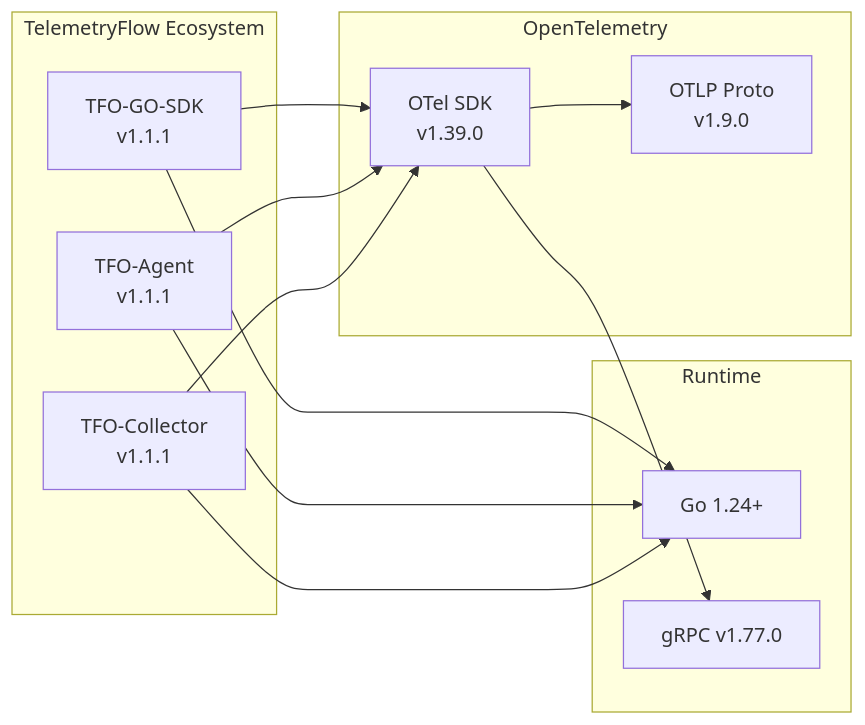
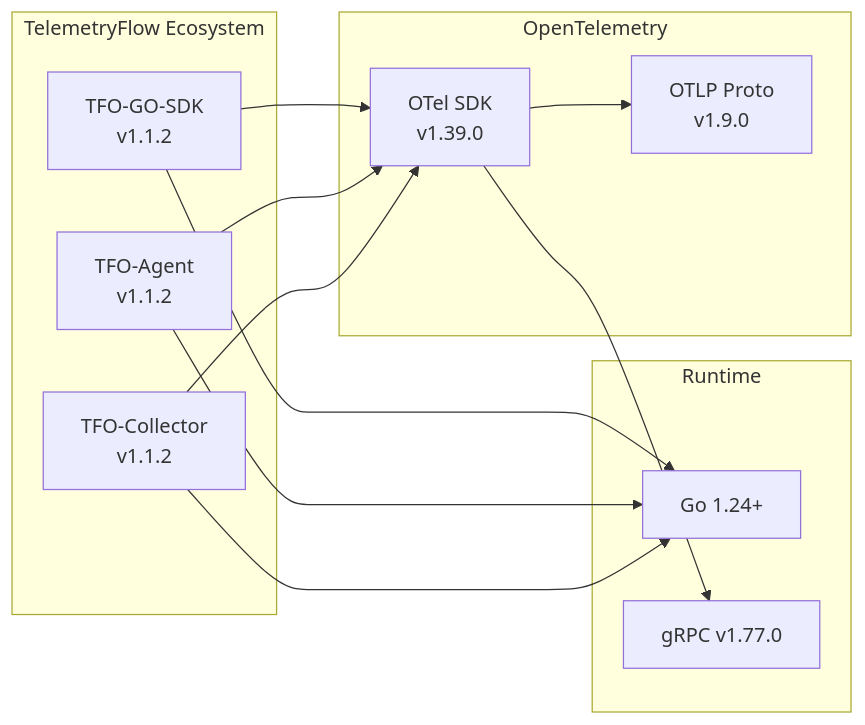
One commit to telemetryflow/telemetryflow-agent changed diagram 13 of 13 in docs/ARCHITECTURE.md. Above: the diagram before and after it, drawn with Mermaid. The commit also changed other lines of this file and 56 other files, not shown here.

Commit message:
Enhance TFO Agent v1.1.2 integration

````diff
--- a/docs/ARCHITECTURE.md
+++ b/docs/ARCHITECTURE.md
@@ -349,29 +511,29 @@
 ```mermaid
 graph LR
     subgraph "TelemetryFlow Ecosystem"
-        SDK[TFO-GO-SDK<br/>v1.1.1]
-        AGENT[TFO-Agent<br/>v1.1.1]
-        COLL[TFO-Collector<br/>v1.1.1]
+        SDK[TFO-GO-SDK<br/>v1.1.2]
+        AGENT[TFO-Agent<br/>v1.1.2]
+        COLL[TFO-Collector<br/>v1.1.2]
     end
 
     subgraph "OpenTelemetry"
         OTEL[OTel SDK<br/>v1.39.0]
         PROTO[OTLP Proto<br/>v1.9.0]
     end
 
     subgraph "Runtime"
         GO[Go 1.24+]
         GRPC[gRPC v1.77.0]
     end
 
     SDK --> OTEL
     AGENT --> OTEL
     COLL --> OTEL
 
     OTEL --> PROTO
     OTEL --> GRPC
 
     SDK --> GO
     AGENT --> GO
     COLL --> GO
 ```
````
